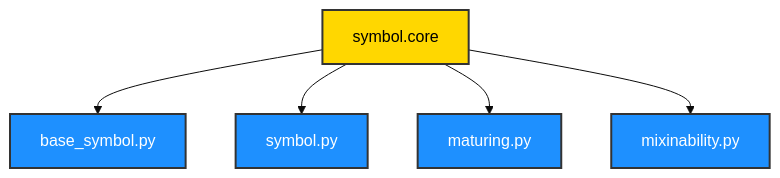
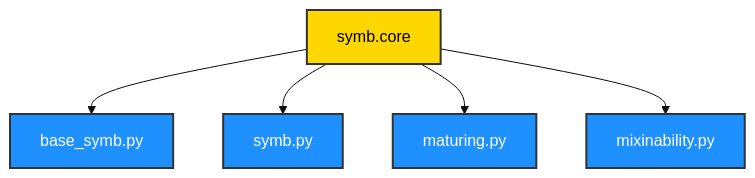
One commit to ikko/sym changed the first of 2 diagrams in docs/topics/3_layered_architecture/index.md. Above: the diagram before and after it, drawn with Mermaid (base theme). The commit also changed other lines of this file and 92 other files, not shown here.

Commit message:
rename symbol to symb

````diff
--- a/docs/topics/3_layered_architecture/index.md
+++ b/docs/topics/3_layered_architecture/index.md
@@ -13,13 +13,13 @@
 ```mermaid
 graph TD
-    A[symbol.core] --> B[base_symbol.py];
-    A --> C[symbol.py];
+    A[symb.core] --> B[base_symb.py];
+    A --> C[symb.py];
     A --> D[maturing.py];
     A --> E[mixinability.py];
 
     style A fill:#FFD700,stroke:#333,stroke-width:2px,color:#000000;
     style B fill:#1E90FF,stroke:#333,stroke-width:2px,color:#FFFFFF;
     style C fill:#1E90FF,stroke:#333,stroke-width:2px,color:#FFFFFF;
     style D fill:#1E90FF,stroke:#333,stroke-width:2px,color:#FFFFFF;
     style E fill:#1E90FF,stroke:#333,stroke-width:2px,color:#FFFFFF;
 ```
````
